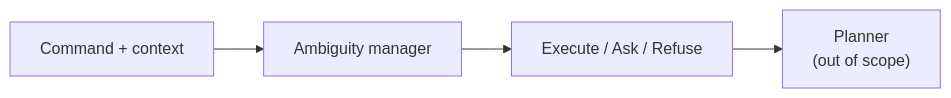
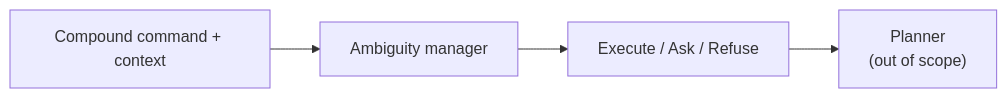
One commit to huziibee/Research_Report changed the diagram in 02-introduction.md. Above: the diagram before and after it, drawn with Mermaid. The commit also changed other lines of this file and 10 other files, not shown here.

First line of the commit message:
Recentre the report on compound ambiguity with failure-focused science.

````diff
--- a/02-introduction.md
+++ b/02-introduction.md
@@ -25,6 +27,6 @@
 ```mermaid
 flowchart LR
-  A["Command + context"] --> B["Ambiguity manager"]
+  A["Compound command + context"] --> B["Ambiguity manager"]
   B --> C["Execute / Ask / Refuse"]
   C --> D["Planner\n(out of scope)"]
 ```
````
